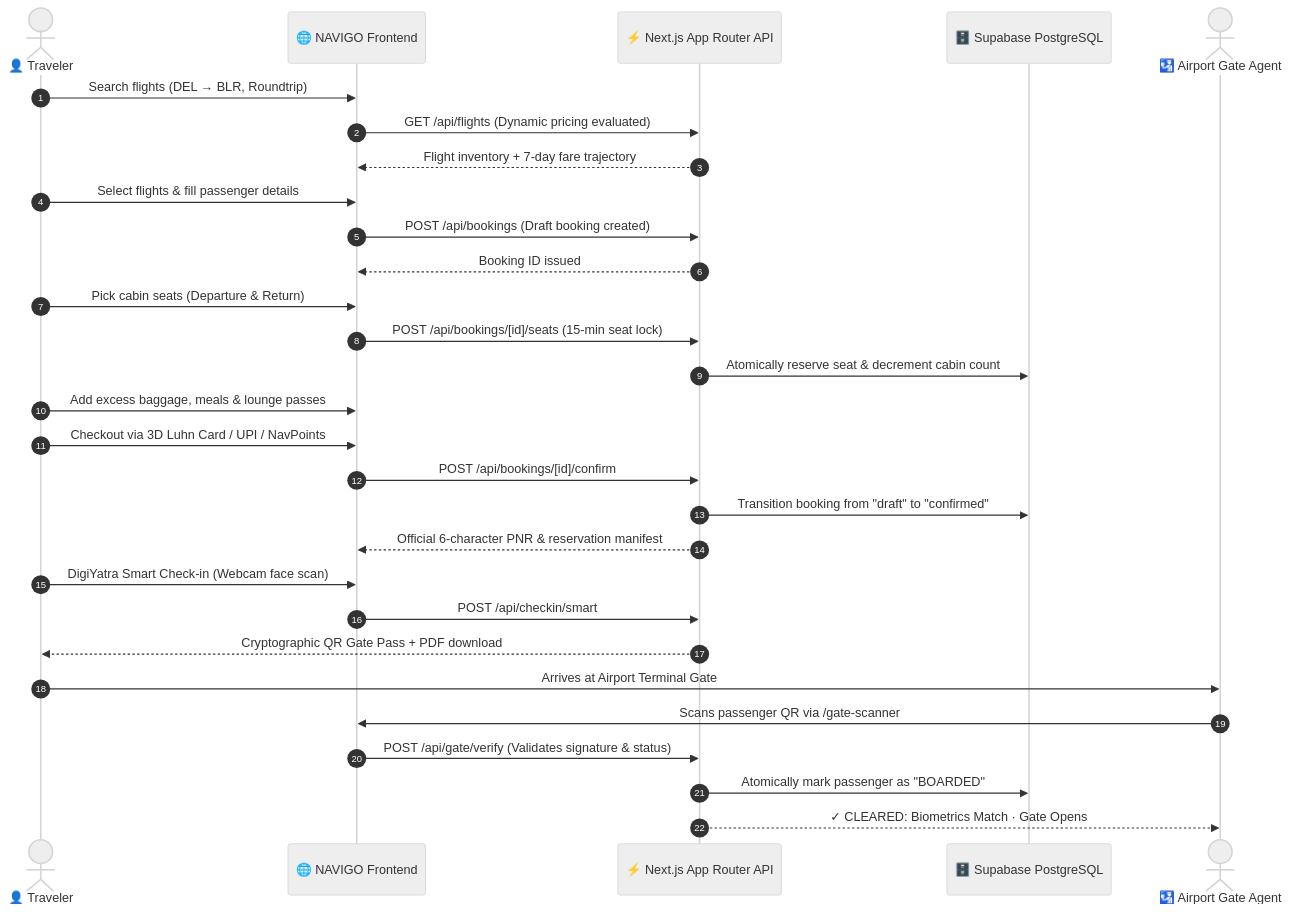
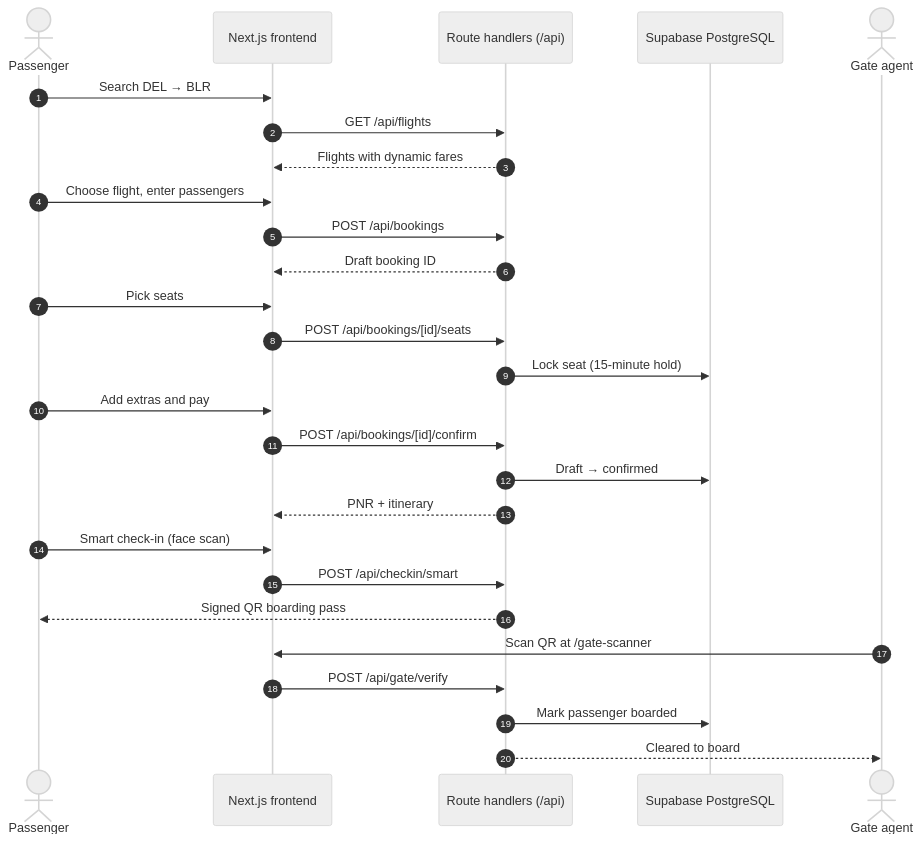
One commit to Dhruv-vm/Navigo-airline_Platform changed the second of 3 diagrams in README.md. Above: the diagram before and after it, drawn with Mermaid (neutral theme). The commit also changed other lines of this file and 1 other file, not shown here.

````diff
--- a/README.md
+++ b/README.md
@@ -122,32 +89,30 @@
 ```mermaid
 sequenceDiagram
     autonumber
-    actor Traveler as 👤 Traveler
-    participant Web as 🌐 NAVIGO Frontend
-    participant API as ⚡ Next.js App Router API
-    participant DB as 🗄️ Supabase PostgreSQL
-    actor GateAgent as 🛂 Airport Gate Agent
+    actor P as Passenger
+    participant UI as Next.js frontend
+    participant API as Route handlers (/api)
+    participant DB as Supabase PostgreSQL
+    actor G as Gate agent
 
-    Traveler->>Web: Search flights (DEL → BLR, Roundtrip)
-    Web->>API: GET /api/flights (Dynamic pricing evaluated)
-    API-->>Web: Flight inventory + 7-day fare trajectory
-    Traveler->>Web: Select flights & fill passenger details
-    Web->>API: POST /api/bookings (Draft booking created)
-    API-->>Web: Booking ID issued
-    Traveler->>Web: Pick cabin seats (Departure & Return)
-    Web->>API: POST /api/bookings/[id]/seats (15-min seat lock)
-    API->>DB: Atomically reserve seat & decrement cabin count
-    Traveler->>Web: Add excess baggage, meals & lounge passes
-    Traveler->>Web: Checkout via 3D Luhn Card / UPI / NavPoints
-    Web->>API: POST /api/bookings/[id]/confirm
-    API->>DB: Transition booking from "draft" to "confirmed"
-    API-->>Web: Official 6-character PNR & reservation manifest
-    Traveler->>Web: DigiYatra Smart Check-in (Webcam face scan)
-    Web->>API: POST /api/checkin/smart
-    API-->>Traveler: Cryptographic QR Gate Pass + PDF download
-    Traveler->>GateAgent: Arrives at Airport Terminal Gate
-    GateAgent->>Web: Scans passenger QR via /gate-scanner
-    Web->>API: POST /api/gate/verify (Validates signature & status)
-    API->>DB: Atomically mark passenger as "BOARDED"
-    API-->>GateAgent: ✓ CLEARED: Biometrics Match · Gate Opens
+    P->>UI: Search DEL → BLR
+    UI->>API: GET /api/flights
+    API-->>UI: Flights with dynamic fares
+    P->>UI: Choose flight, enter passengers
+    UI->>API: POST /api/bookings
+    API-->>UI: Draft booking ID
+    P->>UI: Pick seats
+    UI->>API: POST /api/bookings/[id]/seats
+    API->>DB: Lock seat (15-minute hold)
+    P->>UI: Add extras and pay
+    UI->>API: POST /api/bookings/[id]/confirm
+    API->>DB: Draft → confirmed
+    API-->>UI: PNR + itinerary
+    P->>UI: Smart check-in (face scan)
+    UI->>API: POST /api/checkin/smart
+    API-->>P: Signed QR boarding pass
+    G->>UI: Scan QR at /gate-scanner
+    UI->>API: POST /api/gate/verify
+    API->>DB: Mark passenger boarded
+    API-->>G: Cleared to board
 ```
````
